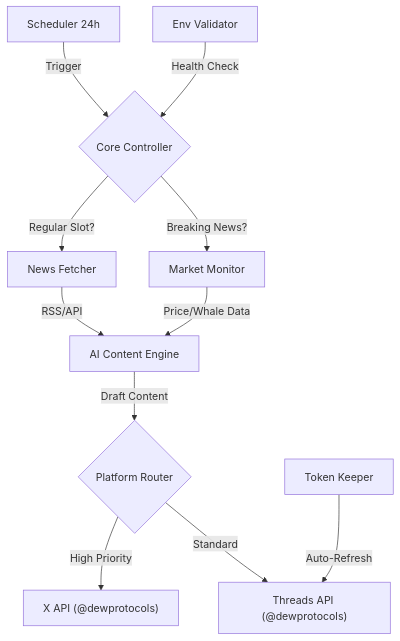
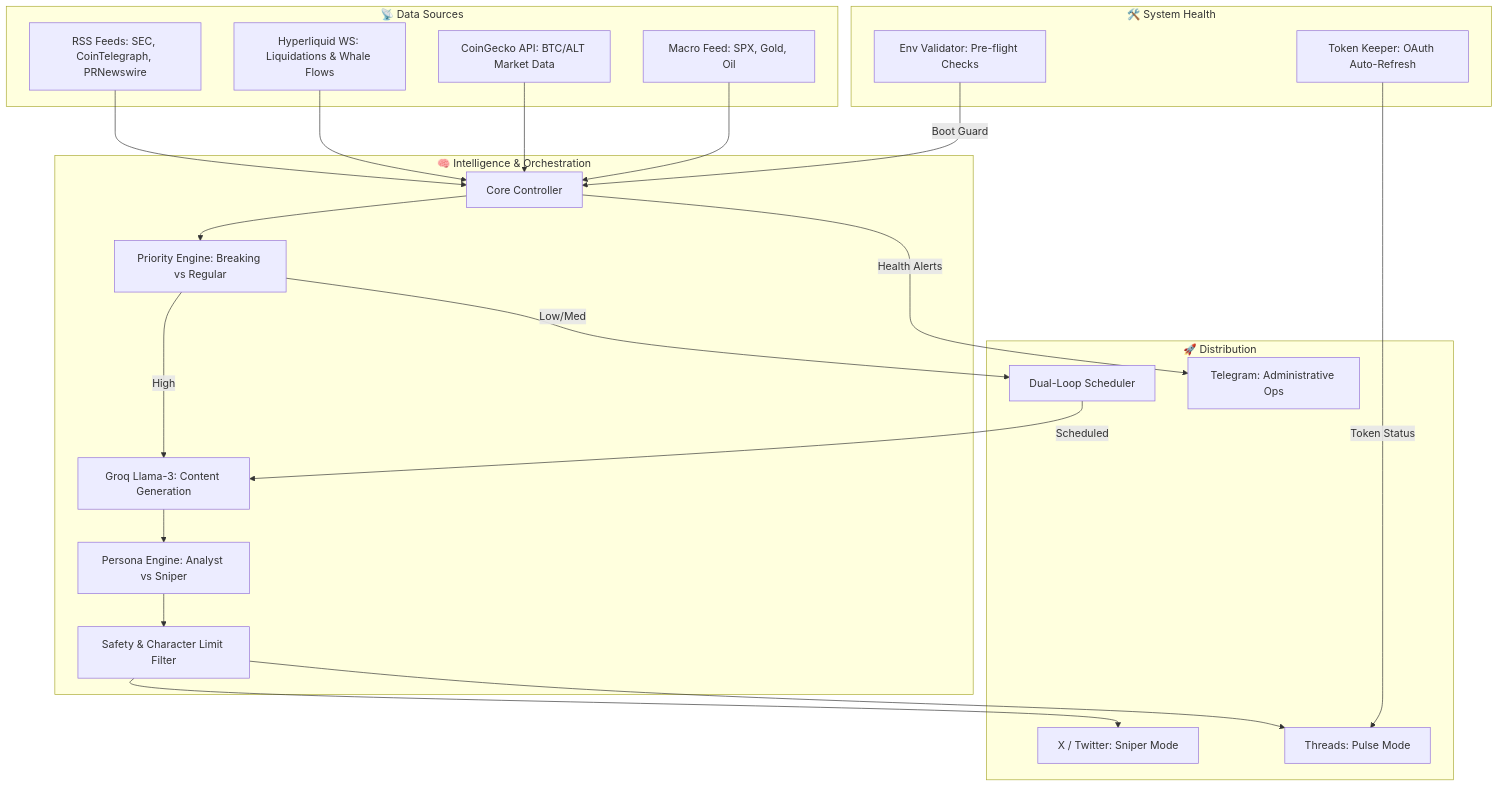
Before and after one commit to dewhush/Dew-Protocols: the diagram in README.md, drawn with Mermaid. The commit also changed other lines of this file, not shown here.

````diff
--- a/README.md
+++ b/README.md
@@ -46,17 +48,44 @@
 ```mermaid
 graph TD
-    A[Scheduler 24h] -->|Trigger| B{Core Controller}
-    B -->|Regular Slot?| C[News Fetcher]
-    B -->|Breaking News?| D[Market Monitor]
+    subgraph Sources ["📡 Data Sources"]
+        RSS[RSS Feeds: SEC, CoinTelegraph, PRNewswire]
+        HLQ[Hyperliquid WS: Liquidations & Whale Flows]
+        CG[CoinGecko API: BTC/ALT Market Data]
+        MAC[Macro Feed: SPX, Gold, Oil]
+    end
+
+    subgraph Core ["🧠 Intelligence & Orchestration"]
+        CNTL[Core Controller]
+        priority[Priority Engine: Breaking vs Regular]
+        LLM[Groq Llama-3: Content Generation]
+        persona[Persona Engine: Analyst vs Sniper]
+        filter[Safety & Character Limit Filter]
+    end
+
+    subgraph Out ["🚀 Distribution"]
+        T_LOOP[Dual-Loop Scheduler]
+        X[X / Twitter: Sniper Mode]
+        TR[Threads: Pulse Mode]
+        TG[Telegram: Administrative Ops]
+    end
+
+    subgraph Maintenance ["🛠️ System Health"]
+        TK[Token Keeper: OAuth Auto-Refresh]
+        EV[Env Validator: Pre-flight Checks]
+    end
+
+    %% Flow
+    RSS & HLQ & CG & MAC --> CNTL
+    CNTL --> priority
+    priority -->|Low/Med| T_LOOP
+    priority -->|High| LLM
     
-    C -->|RSS/API| E[AI Content Engine]
-    D -->|Price/Whale Data| E
+    T_LOOP -->|Scheduled| LLM
+    LLM --> persona
+    persona --> filter
+    filter --> X & TR
     
-    E -->|Draft Content| F{Platform Router}
-    
-    F -->|High Priority| G["X API (@dewprotocols)"]
-    F -->|Standard| H["Threads API (@dewprotocols)"]
-    
-    I[Token Keeper] -->|Auto-Refresh| H
-    J[Env Validator] -->|Health Check| B
+    CNTL -->|Health Alerts| TG
+    TK -->|Token Status| TR
+    EV -->|Boot Guard| CNTL
 ```
````
